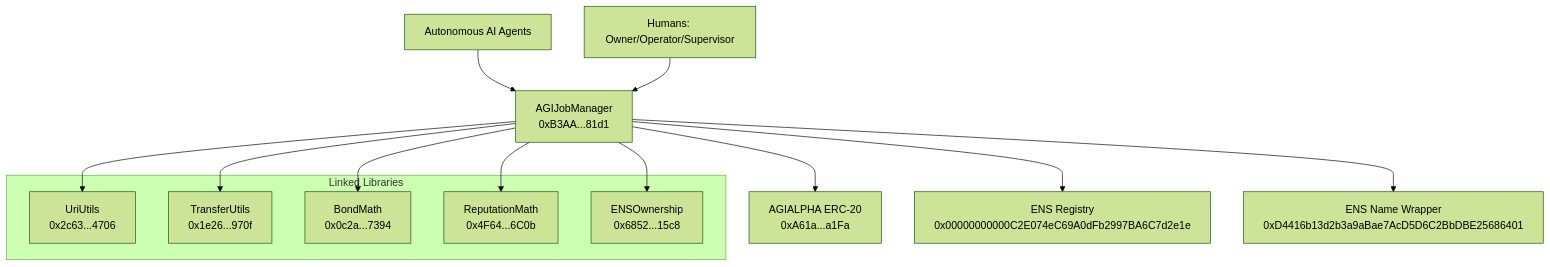
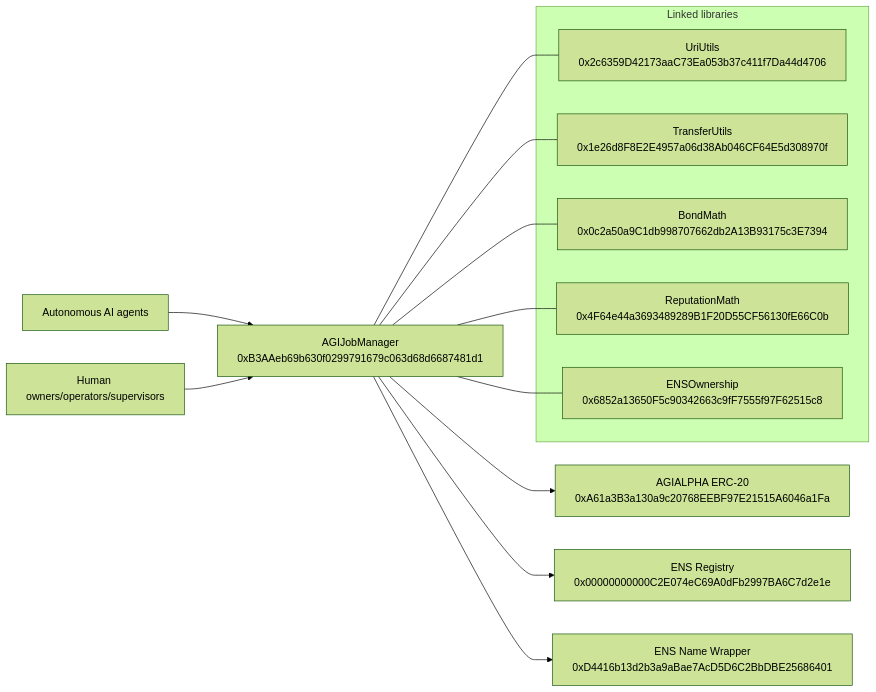
The diagram in docs/DEPLOYMENT/MAINNET_OFFICIAL_DEPLOYMENT_RECORD.md (MontrealAI/AGIJobManager), drawn with Mermaid (forest theme) before and after one commit. The commit also changed other lines of this file and 1 other file, not shown here.

````diff
--- a/docs/DEPLOYMENT/MAINNET_OFFICIAL_DEPLOYMENT_RECORD.md
+++ b/docs/DEPLOYMENT/MAINNET_OFFICIAL_DEPLOYMENT_RECORD.md
@@ -138,29 +174,32 @@
 ```mermaid
-flowchart TD
-    Owner[Humans: Owner/Operator/Supervisor]
-    Agent[Autonomous AI Agents]
-    AJM[AGIJobManager\n0xB3AA...81d1]
+flowchart LR
+    Owner[Human owners/operators/supervisors]
+    Agents[Autonomous AI agents]
 
-    subgraph Libs[Linked Libraries]
-      U[UriUtils\n0x2c63...4706]
-      T[TransferUtils\n0x1e26...970f]
-      B[BondMath\n0x0c2a...7394]
-      R[ReputationMath\n0x4F64...6C0b]
-      E[ENSOwnership\n0x6852...15c8]
+    AJM[AGIJobManager\n0xB3AAeb69b630f0299791679c063d68d6687481d1]
+
+    subgraph LinkedLibraries[Linked libraries]
+      U[UriUtils\n0x2c6359D42173aaC73Ea053b37c411f7Da44d4706]
+      T[TransferUtils\n0x1e26d8F8E2E4957a06d38Ab046CF64E5d308970f]
+      B[BondMath\n0x0c2a50a9C1db998707662db2A13B93175c3E7394]
+      R[ReputationMath\n0x4F64e44a3693489289B1F20D55CF56130fE66C0b]
+      E[ENSOwnership\n0x6852a13650F5c90342663c9fF7555f97F62515c8]
     end
 
-    Token[AGIALPHA ERC-20\n0xA61a...a1Fa]
+    Token[AGIALPHA ERC-20\n0xA61a3B3a130a9c20768EEBF97E21515A6046a1Fa]
     ENSReg[ENS Registry\n0x00000000000C2E074eC69A0dFb2997BA6C7d2e1e]
     ENSWrap[ENS Name Wrapper\n0xD4416b13d2b3a9aBae7AcD5D6C2BbDBE25686401]
 
-    Agent --> AJM
+    Agents --> AJM
     Owner --> AJM
-    AJM --> U
-    AJM --> T
-    AJM --> B
-    AJM --> R
-    AJM --> E
+
+    AJM --- U
+    AJM --- T
+    AJM --- B
+    AJM --- R
+    AJM --- E
+
     AJM --> Token
     AJM --> ENSReg
     AJM --> ENSWrap
 ```
````
